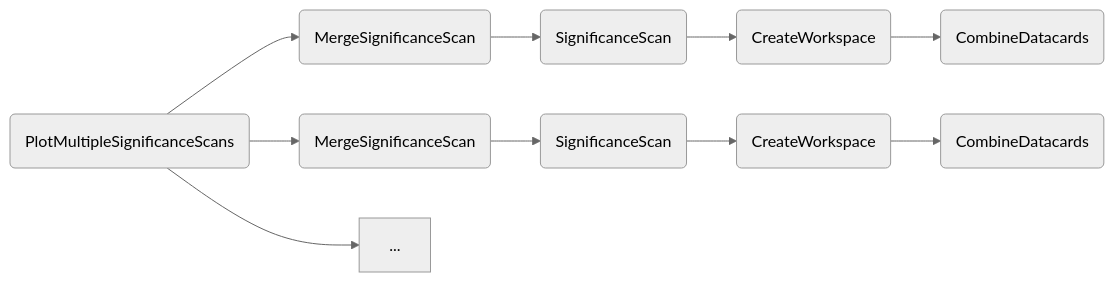
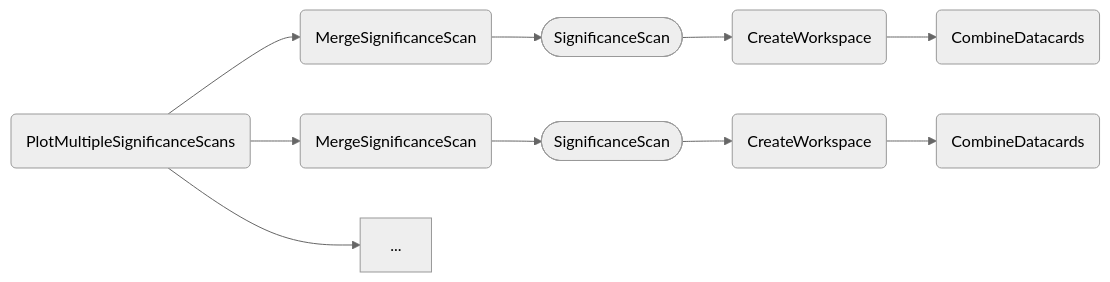
One commit to cms-hh/inference_tools changed the second of 2 diagrams in docs/content/tasks/significances.md. Above: the diagram before and after it, drawn with Mermaid (neutral theme). The commit also changed other lines of this file and 6 other files, not shown here.

Commit message:
Mark workflows in docs dependency graphs.

````diff
--- a/docs/content/tasks/significances.md
+++ b/docs/content/tasks/significances.md
@@ -109,12 +111,12 @@
 ```mermaid
 graph LR;
     A(PlotMultipleSignificanceScans) --> B1(MergeSignificanceScan);
     A(PlotMultipleSignificanceScans) --> B2(MergeSignificanceScan);
     A(PlotMultipleSignificanceScans) --> ...;
-    B1 --> C1(SignificanceScan);
-    B2 --> C2(SignificanceScan);
+    B1 --> C1([SignificanceScan]);
+    B2 --> C2([SignificanceScan]);
     C1 --> D1(CreateWorkspace);
     C2 --> D2(CreateWorkspace);
     D1 --> E1(CombineDatacards);
     D2 --> E2(CombineDatacards);
 ```
````
